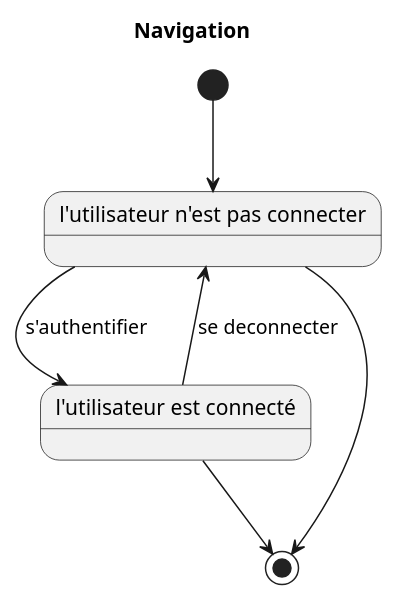
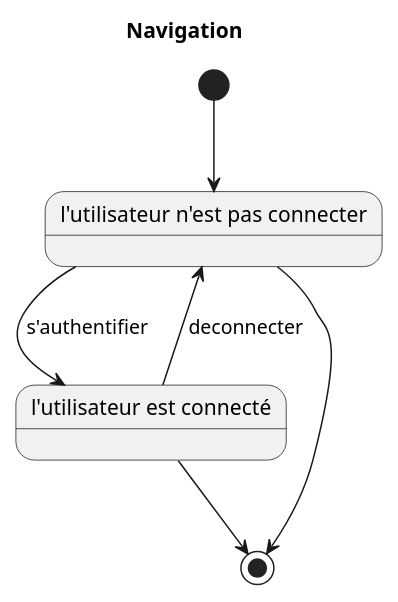
One commit to dorianleveque/CoHub changed the diagram in docs/UML/diagramme etat transition/navigation.puml. Above: the diagram before and after it, drawn with PlantUML.

```diff
--- a/docs/UML/diagramme etat transition/navigation.puml
+++ b/docs/UML/diagramme etat transition/navigation.puml
@@ -1,12 +1,12 @@
 @startuml
 title Navigation
 
 state S1 as "l'utilisateur n'est pas connecter"
 state S2 as "l'utilisateur est connecté" 
 
 [*] --> S1
 S1  --> S2 : s'authentifier
-S2  --> S1 : se deconnecter
+S2  --> S1 : deconnecter
 S1  --> [*]
 S2  --> [*]
 @enduml
```
